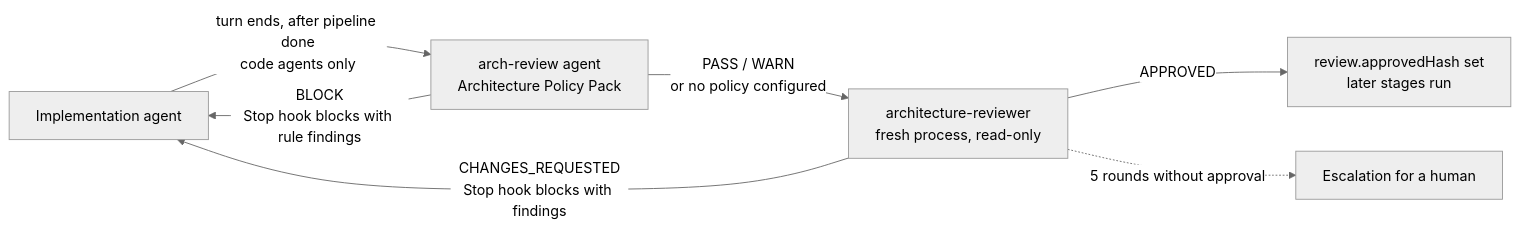
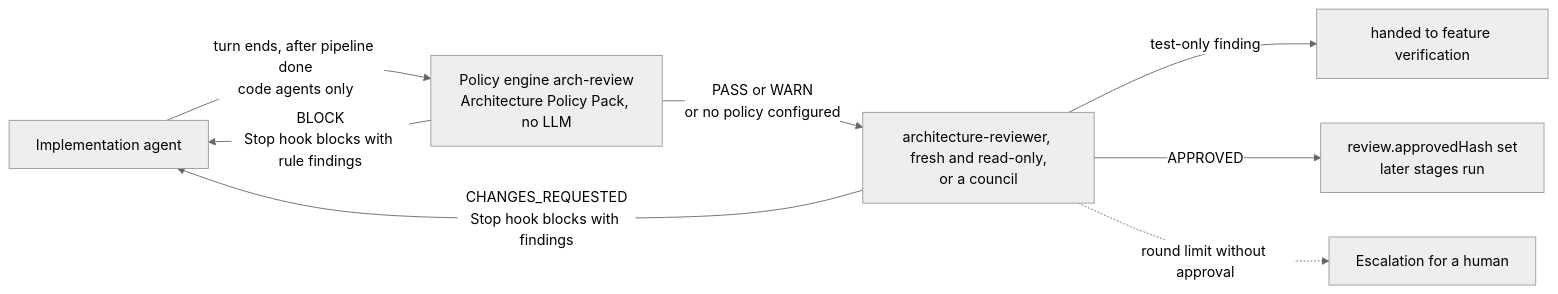
Before and after one commit to armandodollia-slalom/ai-app-factory-public: the diagram in docs/ai-pipeline/review.md, drawn with Mermaid (neutral theme). The commit also changed 157 other files, not shown here.

````diff
--- a/docs/ai-pipeline/review.md
+++ b/docs/ai-pipeline/review.md
@@ -5,9 +5,10 @@
 ```mermaid
 flowchart LR
-  I[Implementation agent] -->|turn ends, after pipeline done<br/>code agents only| G[arch-review agent<br/>Architecture Policy Pack]
-  G -->|BLOCK<br/>Stop hook blocks with rule findings| I
-  G -->|PASS / WARN<br/>or no policy configured| R[architecture-reviewer<br/>fresh process, read-only]
-  R -->|CHANGES_REQUESTED<br/>Stop hook blocks with findings| I
-  R -->|APPROVED| A[review.approvedHash set<br/>later stages run]
-  R -.->|5 rounds without approval| E[Escalation for a human]
+  I["Implementation agent"] -->|"turn ends, after pipeline done<br/>code agents only"| G["Policy engine arch-review<br/>Architecture Policy Pack, no LLM"]
+  G -->|"BLOCK<br/>Stop hook blocks with rule findings"| I
+  G -->|"PASS or WARN<br/>or no policy configured"| R["architecture-reviewer, fresh and read-only,<br/>or a council"]
+  R -->|"CHANGES_REQUESTED<br/>Stop hook blocks with findings"| I
+  R -->|"test-only finding"| T["handed to feature verification"]
+  R -->|"APPROVED"| A["review.approvedHash set<br/>later stages run"]
+  R -.->|"round limit without approval"| E["Escalation for a human"]
 ```
````
